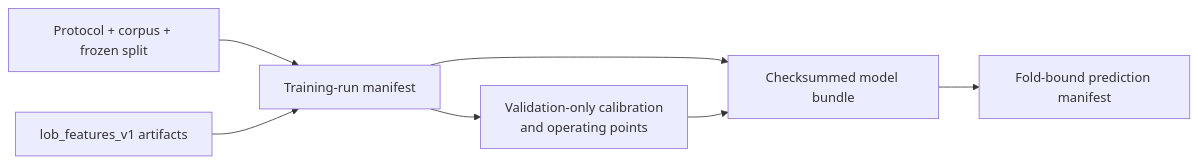
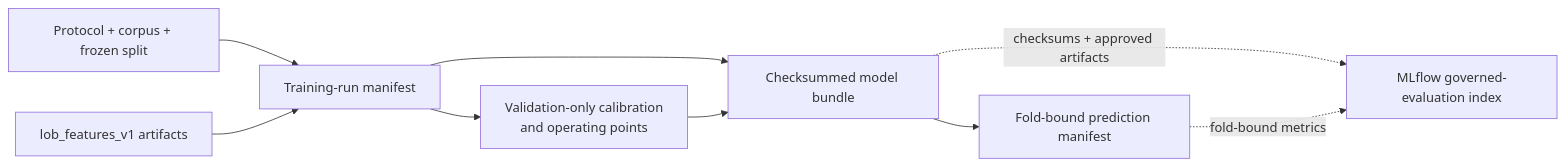
Before and after one commit to khab40/lob-arena: the fourth of 8 diagrams in docs/architecture.md, drawn with Mermaid. The commit also changed other lines of this file and 28 other files, not shown here.

Commit message:
Add shared MLflow tracking and architecture docs

````diff
--- a/docs/architecture.md
+++ b/docs/architecture.md
@@ -166,16 +196,19 @@
 ```mermaid
 graph LR
     Protocol["Protocol + corpus + frozen split"]
     Features["lob_features_v1 artifacts"]
     Training["Training-run manifest"]
     Calibration["Validation-only calibration<br/>and operating points"]
     Bundle["Checksummed model bundle"]
     Predictions["Fold-bound prediction manifest"]
+    MLflow["MLflow governed-evaluation index"]
 
     Protocol --> Training
     Features --> Training
     Training --> Calibration
     Training --> Bundle
     Calibration --> Bundle
     Bundle --> Predictions
+    Bundle -. "checksums + approved artifacts" .-> MLflow
+    Predictions -. "fold-bound metrics" .-> MLflow
 ```
````
